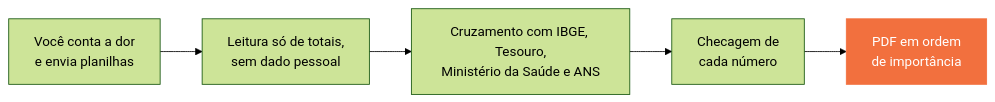
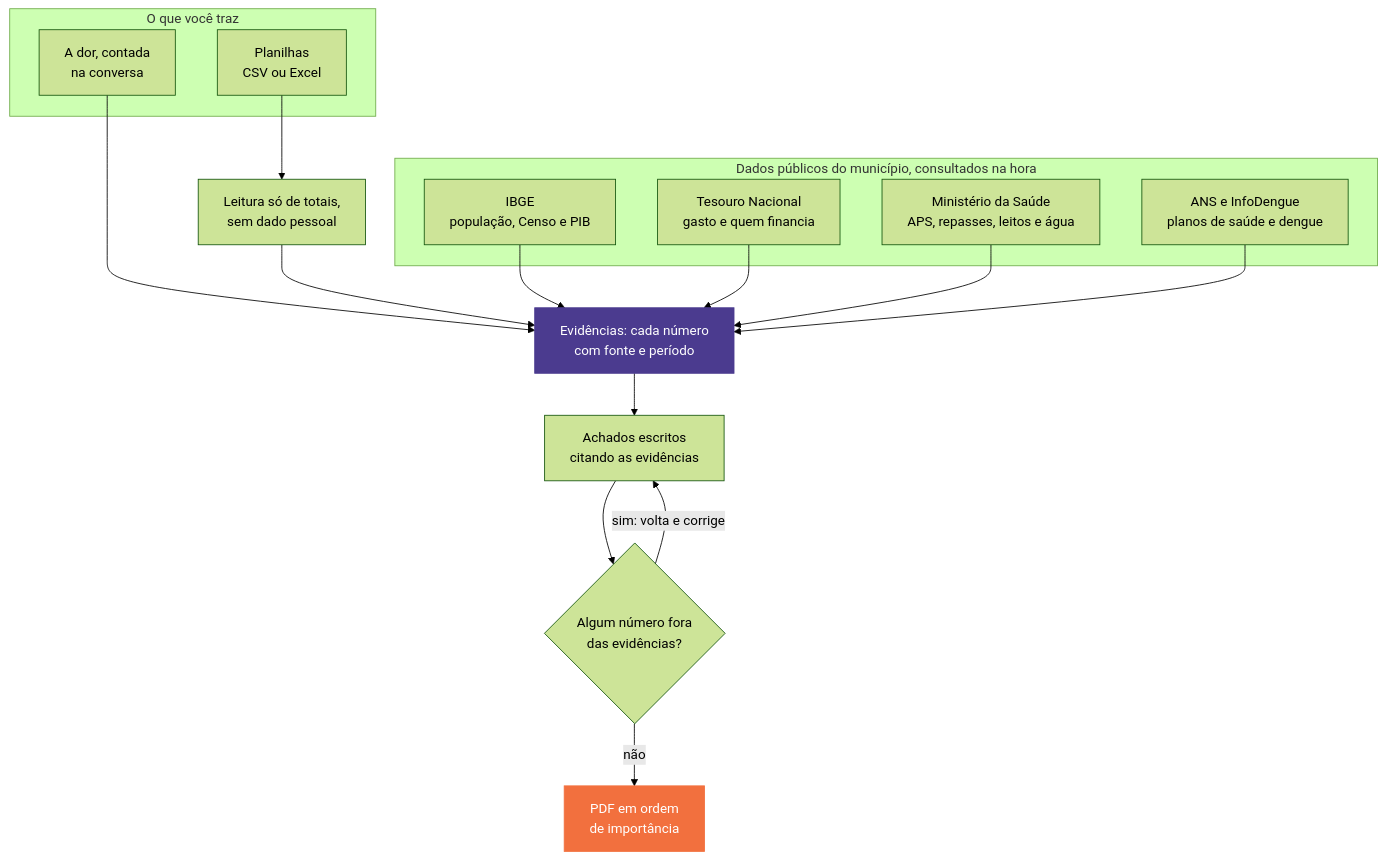
The diagram in README.md (guilhermefaj/improve-saude), drawn with Mermaid (forest theme) before and after one commit.

Commit message:
Diagrama do README mostra as entradas, as fontes e a checagem

````diff
--- a/README.md
+++ b/README.md
@@ -36,9 +36,25 @@
 ```mermaid
-flowchart LR
-  A["Você conta a dor<br>e envia planilhas"] --> B["Leitura só de totais,<br>sem dado pessoal"]
-  B --> C["Cruzamento com IBGE, Tesouro,<br>Ministério da Saúde e ANS"]
-  C --> D["Checagem de<br>cada número"]
-  D --> E["PDF em ordem<br>de importância"]
+flowchart TB
+  subgraph voce["O que você traz"]
+    A1["A dor, contada<br>na conversa"]
+    A2["Planilhas<br>CSV ou Excel"]
+  end
+  subgraph fontes["Dados públicos do município, consultados na hora"]
+    F1["IBGE<br>população, Censo e PIB"]
+    F2["Tesouro Nacional<br>gasto e quem financia"]
+    F3["Ministério da Saúde<br>APS, repasses, leitos e água"]
+    F4["ANS e InfoDengue<br>planos de saúde e dengue"]
+  end
+  A2 --> L["Leitura só de totais,<br>sem dado pessoal"]
+  A1 --> E
+  L --> E["Evidências: cada número<br>com fonte e período"]
+  F1 & F2 & F3 & F4 --> E
+  E --> R["Achados escritos<br>citando as evidências"]
+  R --> C{"Algum número fora<br>das evidências?"}
+  C -- "sim: volta e corrige" --> R
+  C -- "não" --> D["PDF em ordem<br>de importância"]
+  classDef chave fill:#4B3B8F,stroke:#4B3B8F,color:#fff
   classDef fim fill:#F2703E,stroke:#F2703E,color:#fff
-  class E fim
+  class E chave
+  class D fim
 ```
````
